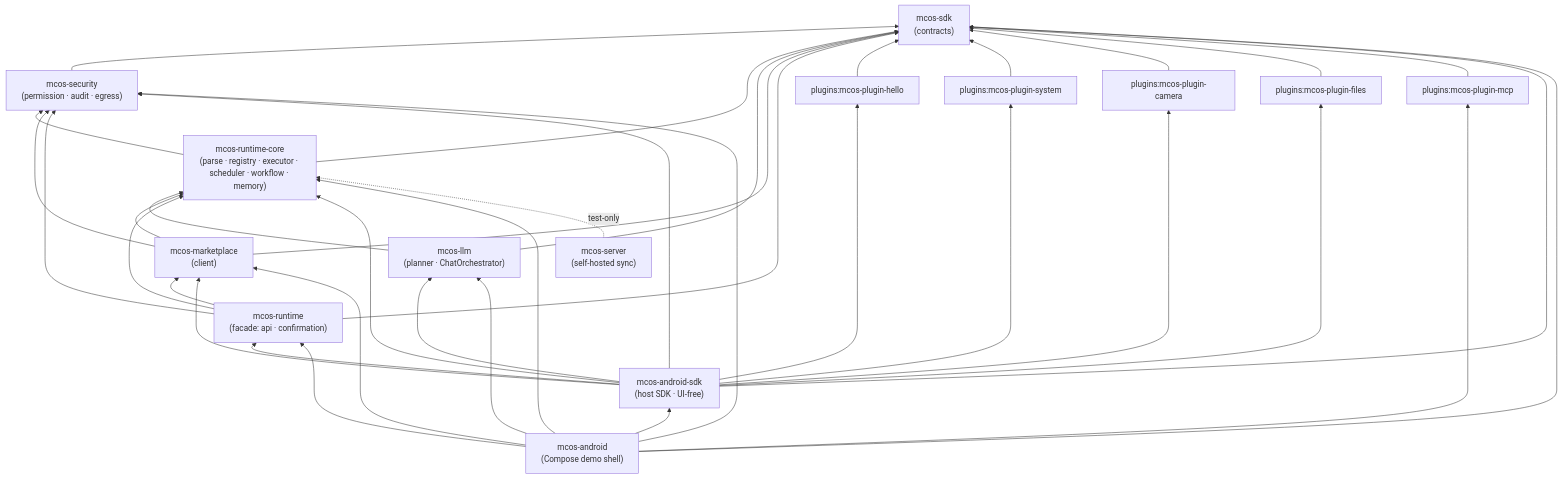
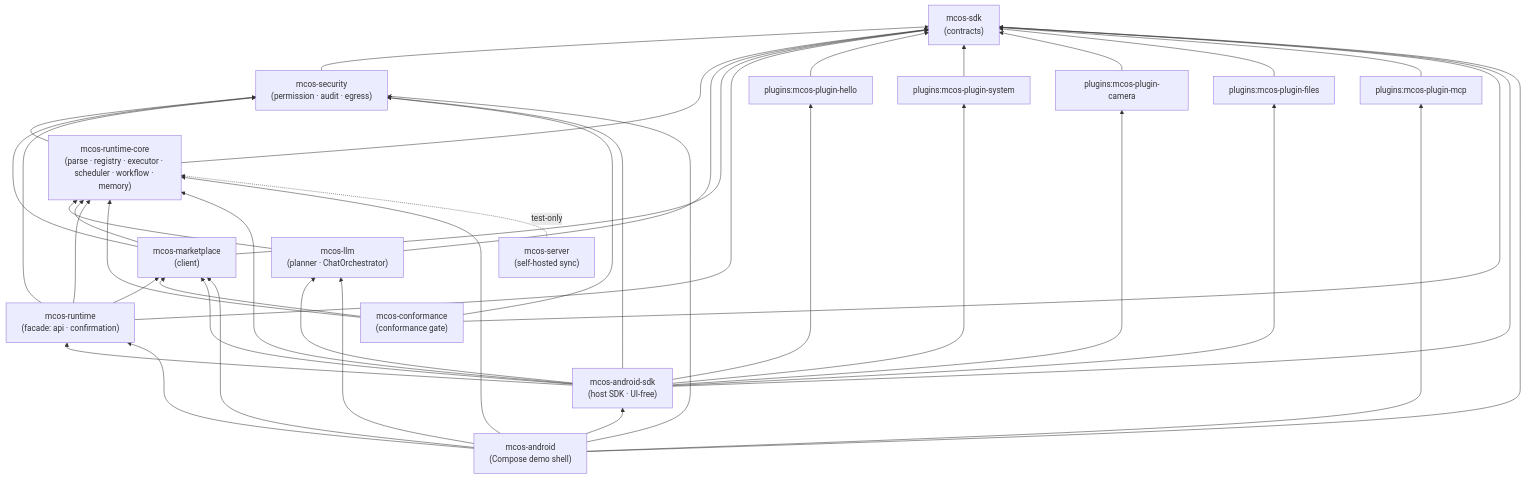
The diagram in docs/en/REPOSITORIES.md (Morainet/mcos), drawn with Mermaid before and after one commit. The commit also changed other lines of this file and 31 other files, not shown here.

First line of the commit message:
Conformance 测试套件 + McosPackage 迁入 runtime-core

````diff
--- a/docs/en/REPOSITORIES.md
+++ b/docs/en/REPOSITORIES.md
@@ -15,54 +15,59 @@
 ```mermaid
 flowchart BT
     sdk["mcos-sdk<br/>(contracts)"]
     sec["mcos-security<br/>(permission · audit · egress)"]
     core["mcos-runtime-core<br/>(parse · registry · executor · scheduler · workflow · memory)"]
     llm["mcos-llm<br/>(planner · ChatOrchestrator)"]
     mkt["mcos-marketplace<br/>(client)"]
     rt["mcos-runtime<br/>(facade: api · confirmation)"]
     hello["plugins:mcos-plugin-hello"]
     sys["plugins:mcos-plugin-system"]
     cam["plugins:mcos-plugin-camera"]
     files["plugins:mcos-plugin-files"]
     mcp["plugins:mcos-plugin-mcp"]
     asdk["mcos-android-sdk<br/>(host SDK · UI-free)"]
     app["mcos-android<br/>(Compose demo shell)"]
     srv["mcos-server<br/>(self-hosted sync)"]
+    cf["mcos-conformance<br/>(conformance gate)"]
 
     sec --> sdk
     core --> sdk
     core --> sec
     llm --> sdk
     llm --> core
     mkt --> sdk
     mkt --> sec
     mkt --> core
     rt --> sdk
     rt --> sec
     rt --> core
     rt --> mkt
     hello --> sdk
     sys --> sdk
     cam --> sdk
     files --> sdk
     mcp --> sdk
+    cf --> sdk
+    cf --> sec
+    cf --> core
+    cf --> mkt
     asdk --> sdk
     asdk --> sec
     asdk --> core
     asdk --> rt
     asdk --> llm
     asdk --> mkt
     asdk --> hello
     asdk --> sys
     asdk --> cam
     asdk --> files
     app --> asdk
     app --> sdk
     app --> sec
     app --> core
     app --> rt
     app --> llm
     app --> mkt
     app --> mcp
     srv -.->|"test-only"| core
 ```
````
